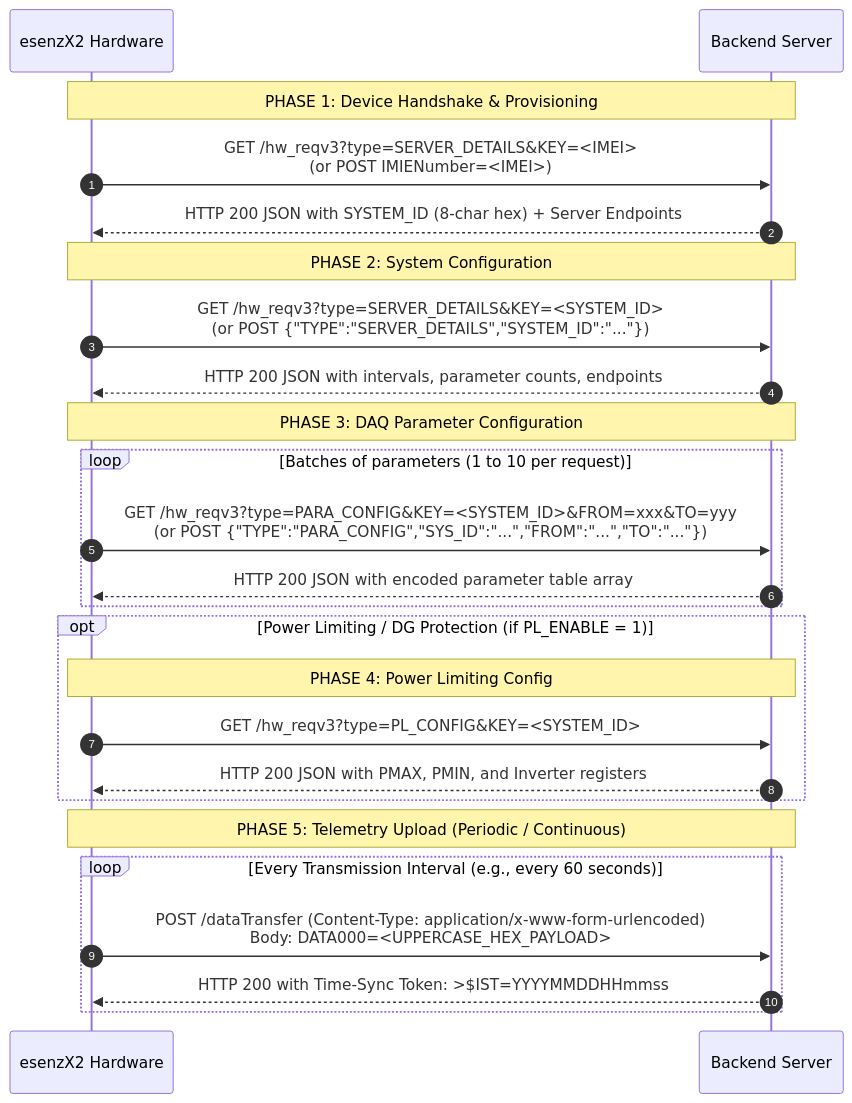
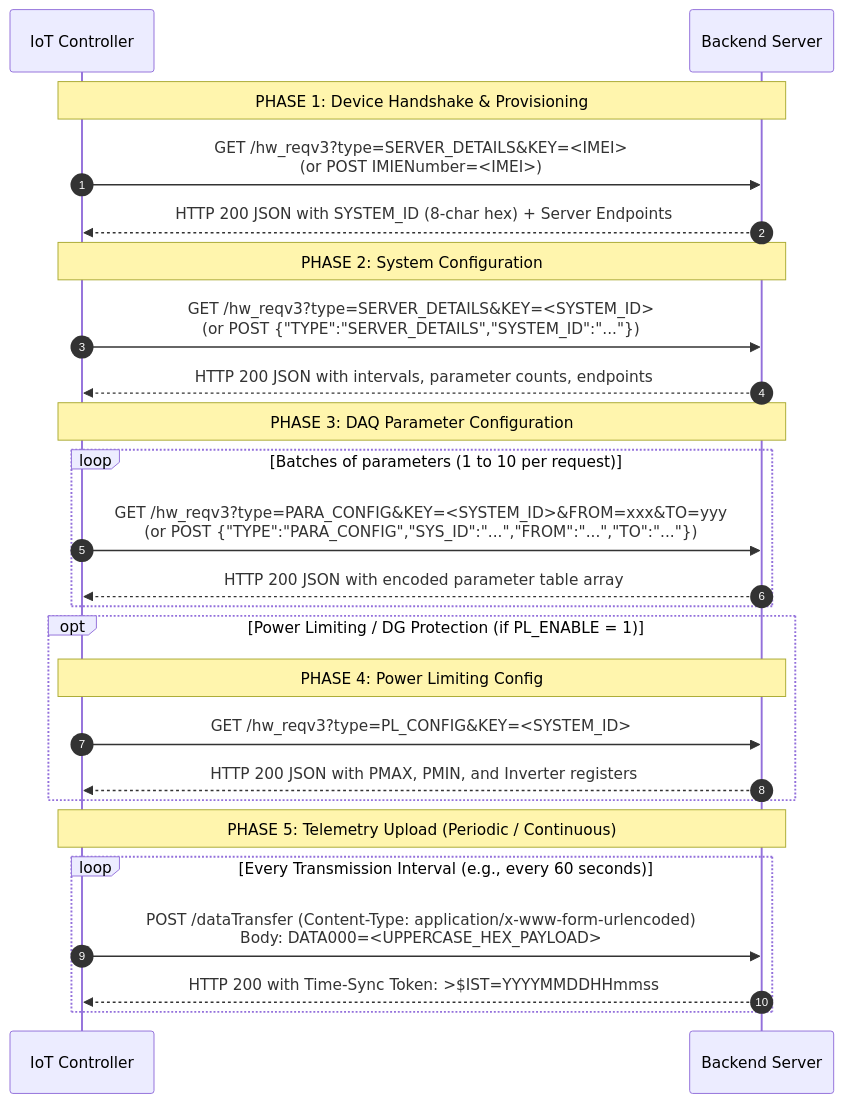
One commit to userdevil/IotController changed the diagram in BACKEND_SERVER_IMPLEMENTATION_GUIDE.md. Above: the diagram before and after it, drawn with Mermaid. The commit also changed other lines of this file and 1 other file, not shown here.

````diff
--- a/BACKEND_SERVER_IMPLEMENTATION_GUIDE.md
+++ b/BACKEND_SERVER_IMPLEMENTATION_GUIDE.md
@@ -11,32 +11,32 @@
 ```mermaid
 sequenceDiagram
     autonumber
-    participant D as esenzX2 Hardware
+    participant D as IoT Controller
     participant S as Backend Server
 
     Note over D,S: PHASE 1: Device Handshake & Provisioning
     D->>S: GET /hw_reqv3?type=SERVER_DETAILS&KEY=<IMEI><br/>(or POST IMIENumber=<IMEI>)
     S-->>D: HTTP 200 JSON with SYSTEM_ID (8-char hex) + Server Endpoints
 
     Note over D,S: PHASE 2: System Configuration
     D->>S: GET /hw_reqv3?type=SERVER_DETAILS&KEY=<SYSTEM_ID><br/>(or POST {"TYPE":"SERVER_DETAILS","SYSTEM_ID":"..."})
     S-->>D: HTTP 200 JSON with intervals, parameter counts, endpoints
 
     Note over D,S: PHASE 3: DAQ Parameter Configuration
     loop Batches of parameters (1 to 10 per request)
         D->>S: GET /hw_reqv3?type=PARA_CONFIG&KEY=<SYSTEM_ID>&FROM=xxx&TO=yyy<br/>(or POST {"TYPE":"PARA_CONFIG","SYS_ID":"...","FROM":"...","TO":"..."})
         S-->>D: HTTP 200 JSON with encoded parameter table array
     end
 
     opt Power Limiting / DG Protection (if PL_ENABLE = 1)
         Note over D,S: PHASE 4: Power Limiting Config
         D->>S: GET /hw_reqv3?type=PL_CONFIG&KEY=<SYSTEM_ID>
         S-->>D: HTTP 200 JSON with PMAX, PMIN, and Inverter registers
     end
 
     Note over D,S: PHASE 5: Telemetry Upload (Periodic / Continuous)
     loop Every Transmission Interval (e.g., every 60 seconds)
         D->>S: POST /dataTransfer (Content-Type: application/x-www-form-urlencoded)<br/>Body: DATA000=<UPPERCASE_HEX_PAYLOAD>
         S-->>D: HTTP 200 with Time-Sync Token: >$IST=YYYYMMDDHHmmss#
     end
 ```
````
